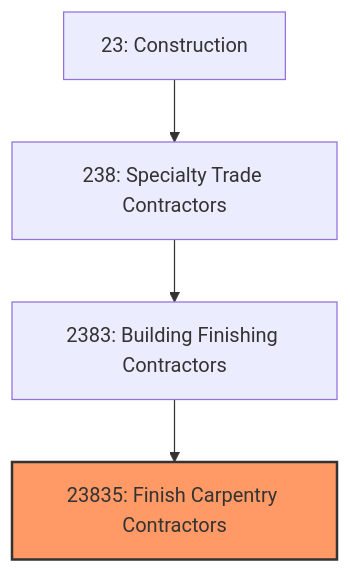
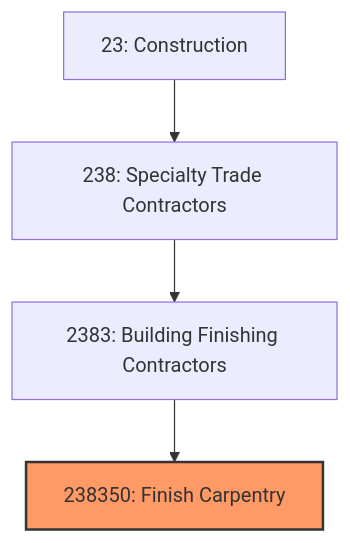
Before and after one commit to kziemski/business.org.ai: the first of 3 diagrams in industries/Construction/SpecialtyTradeContractors/BuildingFinishingContractors/FinishCarpentryContractors.mdx, drawn with Mermaid. The commit also changed other lines of this file and 20 other files, not shown here.

````diff
--- a/industries/Construction/SpecialtyTradeContractors/BuildingFinishingContractors/FinishCarpentryContractors.mdx
+++ b/industries/Construction/SpecialtyTradeContractors/BuildingFinishingContractors/FinishCarpentryContractors.mdx
@@ -20,8 +36,8 @@
 ```mermaid
 graph TD
     S23["23: Construction"]
     S23 --> N238["238: Specialty Trade Contractors"]
     N238 --> N2383["2383: Building Finishing Contractors"]
-    N2383 --> N23835["23835: Finish Carpentry Contractors"]
-    style N23835 fill:#f96,stroke:#333,stroke-width:2px
+    N2383 --> N238350["238350: Finish Carpentry"]
+    style N238350 fill:#f96,stroke:#333,stroke-width:2px
 ```
````
